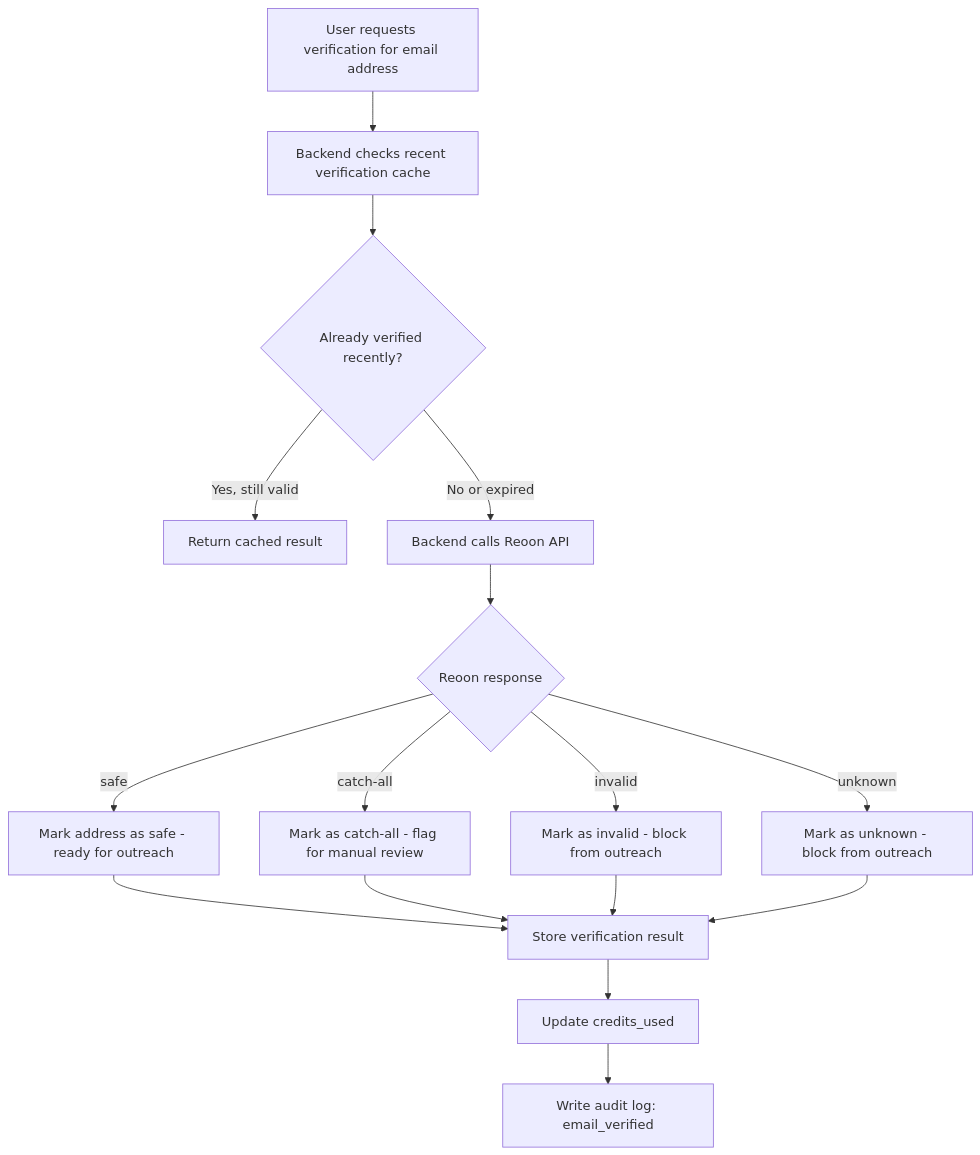
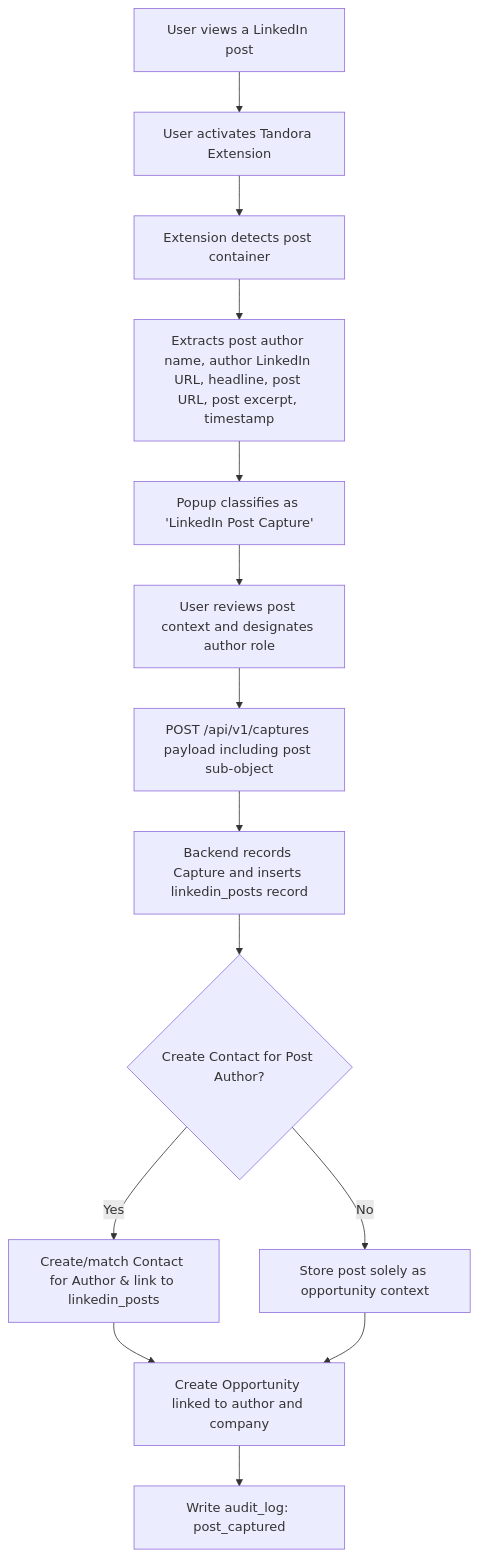
Before and after one commit to Devzane/Tandora: the second of 5 diagrams in docs/WORKFLOWS.md, drawn with Mermaid. The commit also changed other lines of this file, not shown here.

Commit message:
docs(workflows): update workflows with post/overlay capture, approval hashing, and send attempts

````diff
--- a/docs/WORKFLOWS.md
+++ b/docs/WORKFLOWS.md
@@ -123,18 +56,16 @@
 ```mermaid
 flowchart TD
-    A[User requests verification for email address] --> B[Backend checks recent verification cache]
-    B --> C{Already verified recently?}
-    C -->|Yes, still valid| D[Return cached result]
-    C -->|No or expired| E[Backend calls Reoon API]
-    E --> F{Reoon response}
-    F -->|safe| G[Mark address as safe - ready for outreach]
-    F -->|catch-all| H[Mark as catch-all - flag for manual review]
-    F -->|invalid| I[Mark as invalid - block from outreach]
-    F -->|unknown| J[Mark as unknown - block from outreach]
-    G --> K[Store verification result]
-    H --> K
-    I --> K
-    J --> K
-    K --> L[Update credits_used]
-    L --> M[Write audit log: email_verified]
+    A[User views a LinkedIn post] --> B[User activates Tandora Extension]
+    B --> C[Extension detects post container]
+    C --> D[Extracts post author name, author LinkedIn URL, headline, post URL, post excerpt, timestamp]
+    D --> E[Popup classifies as 'LinkedIn Post Capture']
+    E --> F[User reviews post context and designates author role]
+    F --> G[POST /api/v1/captures payload including post sub-object]
+    G --> H[Backend records Capture and inserts linkedin_posts record]
+    H --> I{Create Contact for Post Author?}
+    I -->|Yes| J[Create/match Contact for Author & link to linkedin_posts]
+    I -->|No| K[Store post solely as opportunity context]
+    J --> L[Create Opportunity linked to author and company]
+    K --> L
+    L --> M[Write audit_log: post_captured]
 ```
````
